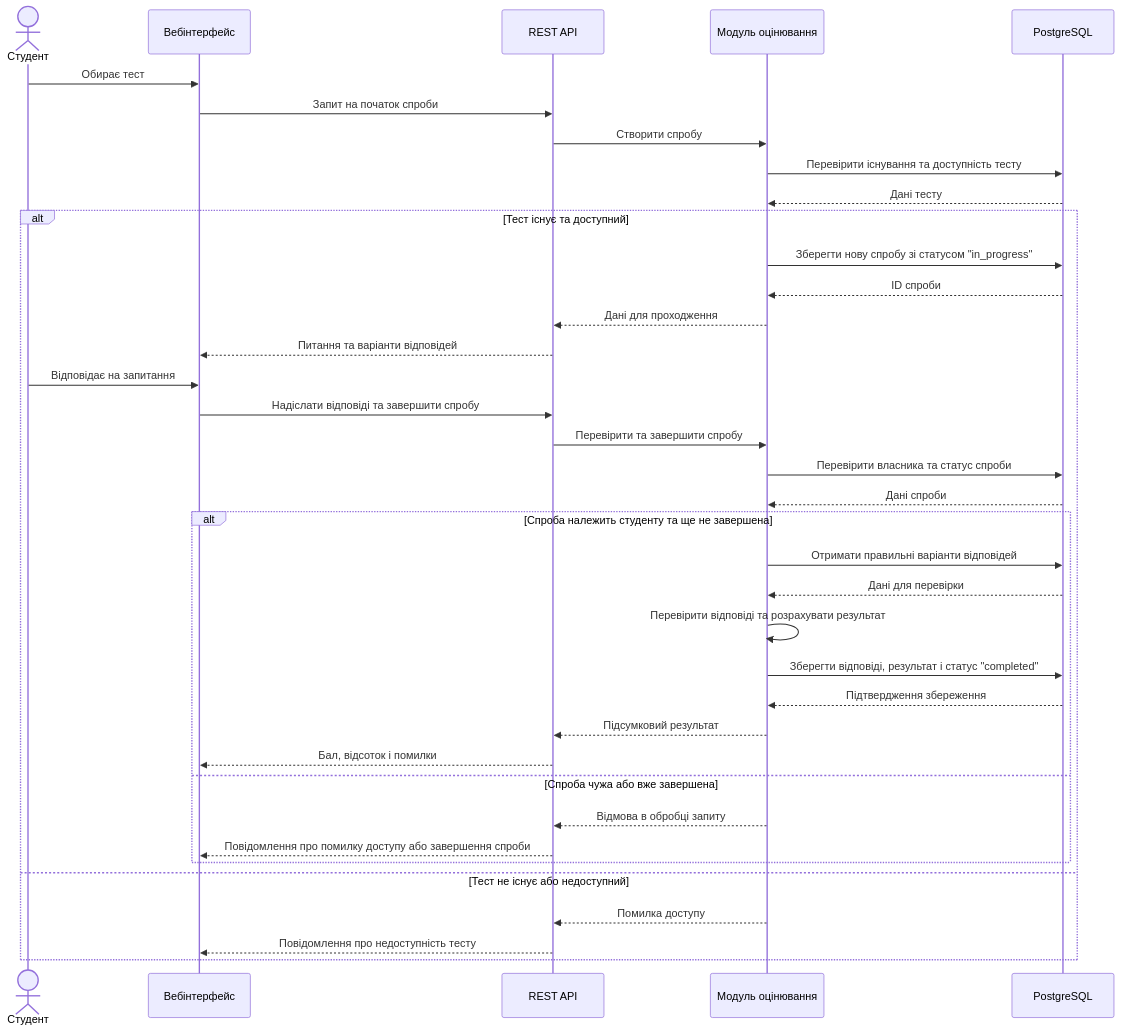
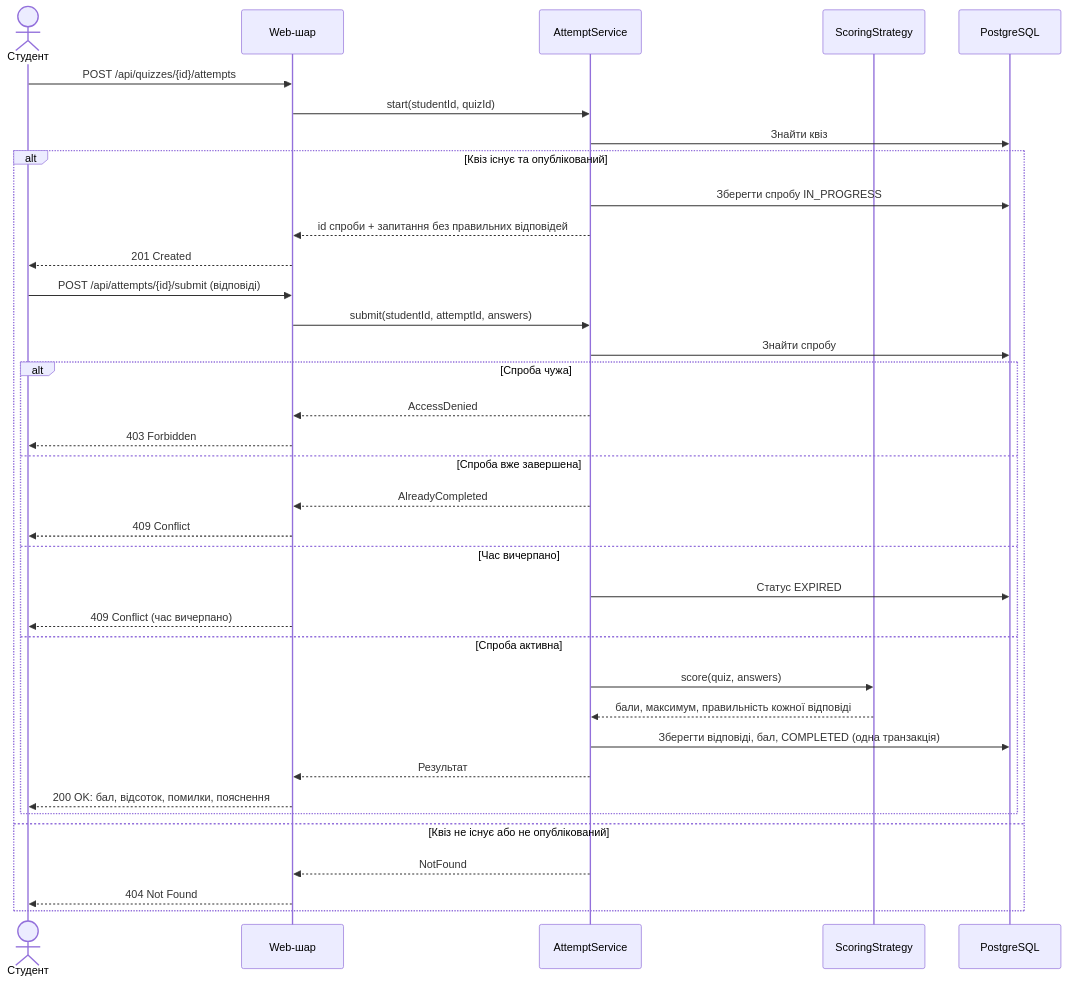
One commit to MariiaPysarenko/QuizApp changed the fourth of 5 diagrams in SDD.md. Above: the diagram before and after it, drawn with Mermaid. The commit also changed other lines of this file and 1 other file, not shown here.

````diff
--- a/SDD.md
+++ b/SDD.md
@@ -185,43 +303,40 @@
 ```mermaid
 sequenceDiagram
     actor Student as Студент
-    participant Client as Вебінтерфейс
-    participant API as REST API
-    participant Attempt as Модуль оцінювання
+    participant API as Web-шар
+    participant Attempt as AttemptService
+    participant Scoring as ScoringStrategy
     participant DB as PostgreSQL
-
-    Student->>Client: Обирає тест
-    Client->>API: Запит на початок спроби
-    API->>Attempt: Створити спробу
-    Attempt->>DB: Перевірити існування та доступність тесту
-    DB-->>Attempt: Дані тесту
-
-    alt Тест існує та доступний
-        Attempt->>DB: Зберегти нову спробу зі статусом "in_progress"
-        DB-->>Attempt: ID спроби
-        Attempt-->>API: Дані для проходження
-        API-->>Client: Питання та варіанти відповідей
-
-        Student->>Client: Відповідає на запитання
-        Client->>API: Надіслати відповіді та завершити спробу
-        API->>Attempt: Перевірити та завершити спробу
-        Attempt->>DB: Перевірити власника та статус спроби
-        DB-->>Attempt: Дані спроби
-
-        alt Спроба належить студенту та ще не завершена
-            Attempt->>DB: Отримати правильні варіанти відповідей
-            DB-->>Attempt: Дані для перевірки
-            Attempt->>Attempt: Перевірити відповіді та розрахувати результат
-            Attempt->>DB: Зберегти відповіді, результат і статус "completed"
-            DB-->>Attempt: Підтвердження збереження
-            Attempt-->>API: Підсумковий результат
-            API-->>Client: Бал, відсоток і помилки
-        else Спроба чужа або вже завершена
-            Attempt-->>API: Відмова в обробці запиту
-            API-->>Client: Повідомлення про помилку доступу або завершення спроби
+ 
+    Student->>API: POST /api/quizzes/{id}/attempts
+    API->>Attempt: start(studentId, quizId)
+    Attempt->>DB: Знайти квіз
+    alt Квіз існує та опублікований
+        Attempt->>DB: Зберегти спробу IN_PROGRESS
+        Attempt-->>API: id спроби + запитання без правильних відповідей
+        API-->>Student: 201 Created
+ 
+        Student->>API: POST /api/attempts/{id}/submit (відповіді)
+        API->>Attempt: submit(studentId, attemptId, answers)
+        Attempt->>DB: Знайти спробу
+        alt Спроба чужа
+            Attempt-->>API: AccessDenied
+            API-->>Student: 403 Forbidden
+        else Спроба вже завершена
+            Attempt-->>API: AlreadyCompleted
+            API-->>Student: 409 Conflict
+        else Час вичерпано
+            Attempt->>DB: Статус EXPIRED
+            API-->>Student: 409 Conflict (час вичерпано)
+        else Спроба активна
+            Attempt->>Scoring: score(quiz, answers)
+            Scoring-->>Attempt: бали, максимум, правильність кожної відповіді
+            Attempt->>DB: Зберегти відповіді, бал, COMPLETED (одна транзакція)
+            Attempt-->>API: Результат
+            API-->>Student: 200 OK: бал, відсоток, помилки, пояснення
         end
-    else Тест не існує або недоступний
-        Attempt-->>API: Помилка доступу
-        API-->>Client: Повідомлення про недоступність тесту
+    else Квіз не існує або не опублікований
+        Attempt-->>API: NotFound
+        API-->>Student: 404 Not Found
     end
 ```
````
